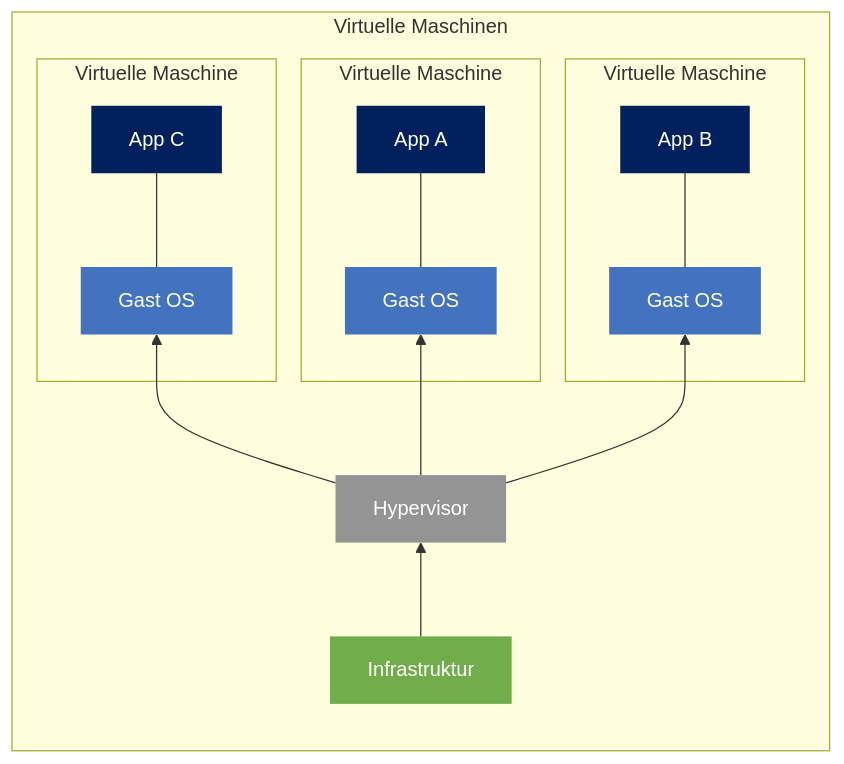
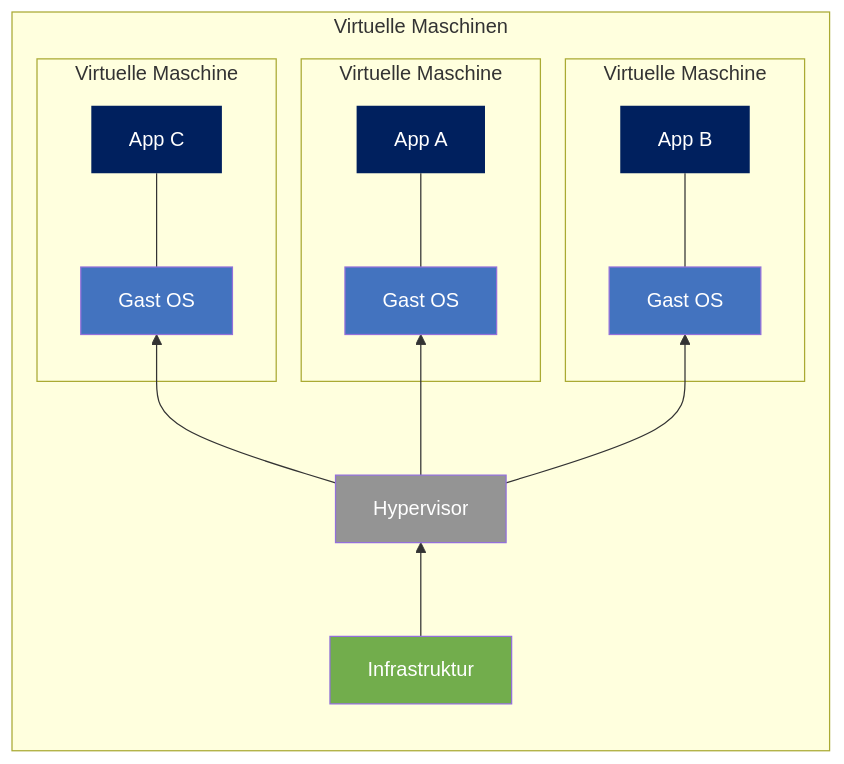
Before and after one commit to KWR-Informatik-AG/learn: the first of 2 diagrams in docs/de/container/index.md, drawn with Mermaid. The commit also changed other lines of this file, not shown here.

Commit message:
refactor

````diff
--- a/docs/de/container/index.md
+++ b/docs/de/container/index.md
@@ -5,47 +5,40 @@
 ```mermaid
 flowchart BT
 
     %% Nodes and Contents
     subgraph "Virtuelle Maschinen"
     direction BT
         A["Infrastruktur"]
         B["Hypervisor"]
 
         subgraph "Virtuelle Maschine"
             CA["Gast OS"]
             DA["App A"]
         end
         subgraph "Virtuelle Maschine"
             CB["Gast OS"]
             DB["App B"]
         end
         subgraph "Virtuelle Maschine"
             CC["Gast OS"]
             DC["App C"]
         end
     end
-    
 
     %% Connections
     A --> B
     B --> CA --- DA
     B --> CB --- DB
     B --> CC --- DC
 
-    
-
     %% Styles
-
-    style A fill:#72ad4c,color:#fff,stroke:none
-
-    style B fill:#949494,color:#fff,stroke:none
-    
-    style CA fill:#4373bf,color:#fff,stroke:none
-    style CB fill:#4373bf,color:#fff,stroke:none
-    style CC fill:#4373bf,color:#fff,stroke:none
-    
-    style DA fill:#00205e,color:#fff,stroke:none
-    style DB fill:#00205e,color:#fff,stroke:none
-    style DC fill:#00205e,color:#fff,stroke:none
+    style A fill:#72ad4c, color:#fff, stroke:none %% Infra
+    style B fill:#949494, color:#fff, stroke:none %% Hyper
+    style CA fill:#4373bf, color:#fff, stroke:none %% VM1
+    style DA fill:#00205e, color:#fff, stroke:none
+    style CB fill:#4373bf, color:#fff, stroke:none %% VM2
+    style DB fill:#00205e, color:#fff, stroke:none
+    style CC fill:#4373bf, color:#fff, stroke:none %% VM3
+    style DC fill:#00205e, color:#fff, stroke:none
 
 ```
````
